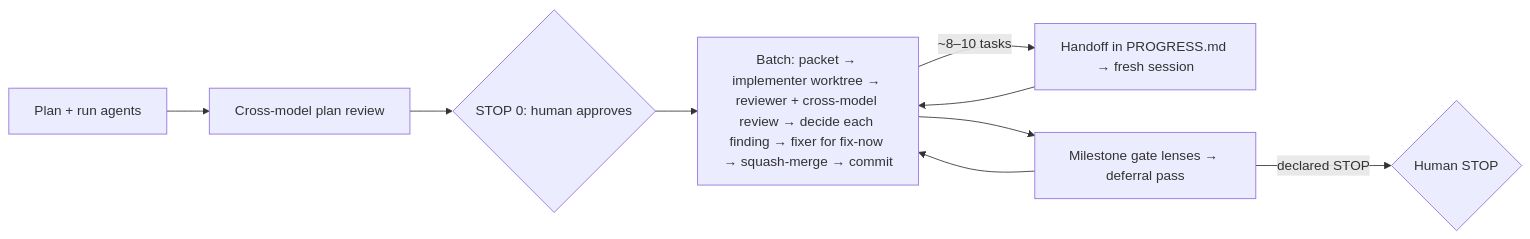
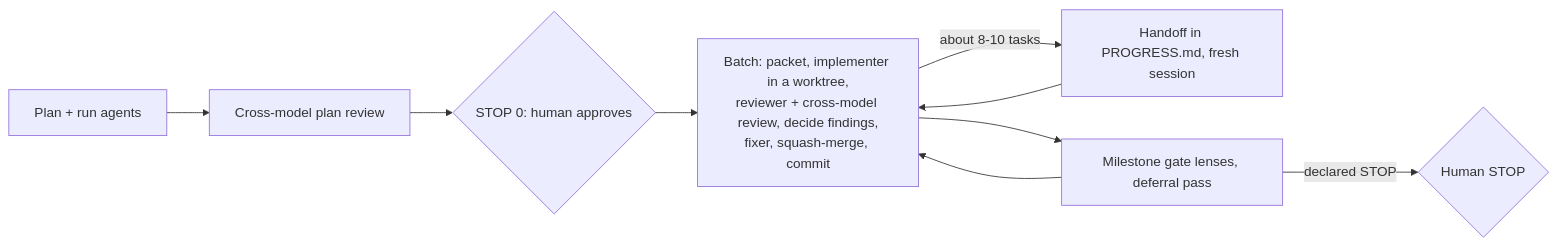
Before and after one commit to Aroton/ArchflowV2: the second of 2 diagrams in docs/workflow/SKILLS.md, drawn with Mermaid. The commit also changed other lines of this file and 808 other files, not shown here.

````diff
--- a/docs/workflow/SKILLS.md
+++ b/docs/workflow/SKILLS.md
@@ -164,11 +47,11 @@
 ```mermaid
 flowchart LR
-  P[Plan + run agents] --> R0[Cross-model plan review]
-  R0 --> S0{STOP 0: human approves}
-  S0 --> B[Batch: packet → implementer worktree → reviewer + cross-model review → decide each finding → fixer for fix-now → squash-merge → commit]
-  B -->|~8–10 tasks| H[Handoff in PROGRESS.md → fresh session]
+  P["Plan + run agents"] --> R0["Cross-model plan review"]
+  R0 --> S0{"STOP 0: human approves"}
+  S0 --> B["Batch: packet, implementer in a worktree,<br/>reviewer + cross-model review, decide findings,<br/>fixer, squash-merge, commit"]
+  B -->|"about 8-10 tasks"| H["Handoff in PROGRESS.md, fresh session"]
   H --> B
-  B --> G[Milestone gate lenses → deferral pass]
-  G -->|declared STOP| S1{Human STOP}
+  B --> G["Milestone gate lenses, deferral pass"]
+  G -->|declared STOP| S1{"Human STOP"}
   G --> B
 ```
````
